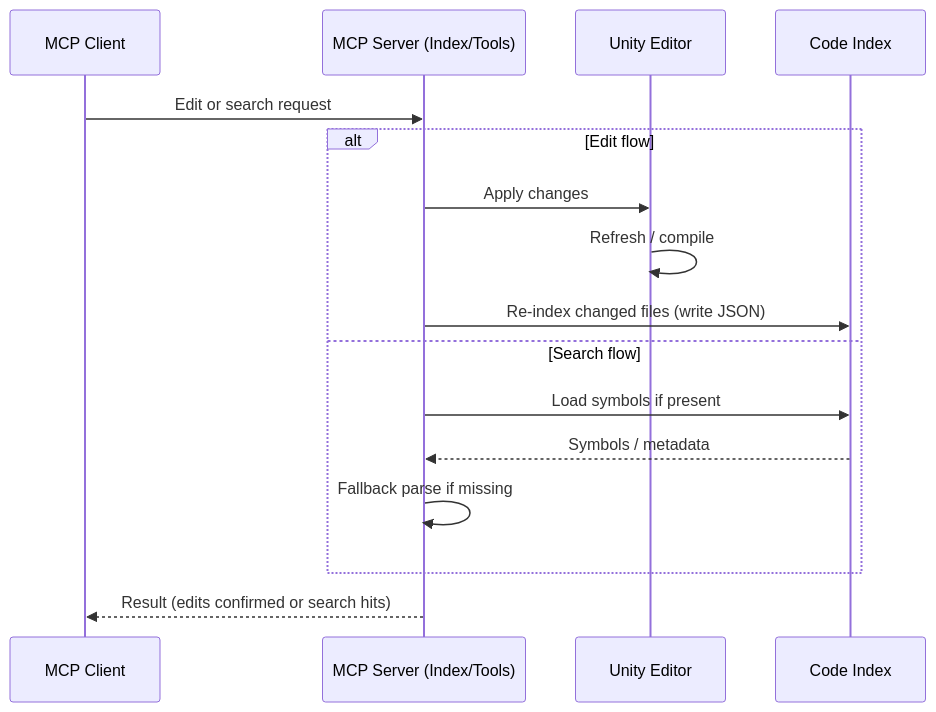
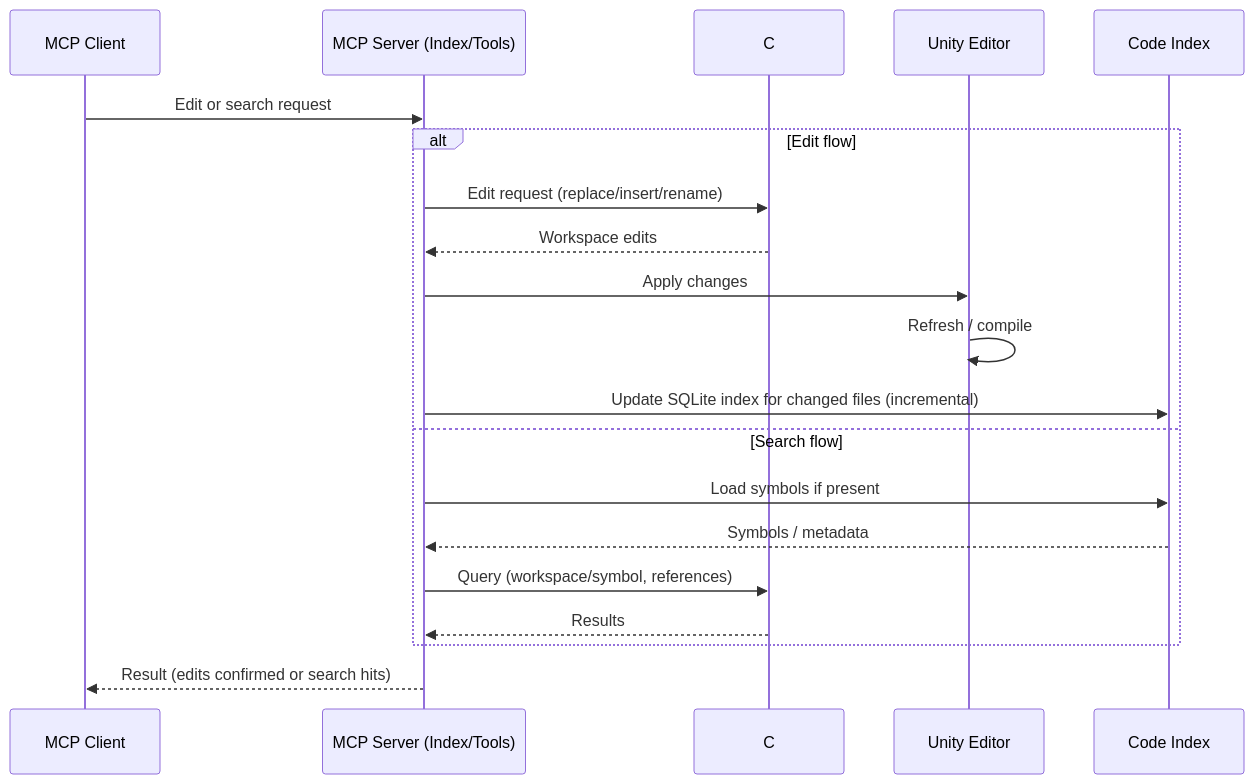
One commit to akiojin/unity-mcp-server changed the third of 3 diagrams in README.md. Above: the diagram before and after it, drawn with Mermaid. The commit also changed other lines of this file and 4 other files, not shown here.

````diff
--- a/README.md
+++ b/README.md
@@ -265,19 +282,23 @@
 ```mermaid
 sequenceDiagram
     participant Client as MCP Client
     participant Node as MCP Server (Index/Tools)
+    participant LSP as C# LSP (self-contained)
     participant Unity as Unity Editor
     participant Index as Code Index
 
     Client->>Node: Edit or search request
     alt Edit flow
+        Node->>LSP: Edit request (replace/insert/rename)
+        LSP-->>Node: Workspace edits
         Node->>Unity: Apply changes
         Unity->>Unity: Refresh / compile
-        Node->>Index: Re-index changed files (write JSON)
+        Node->>Index: Update SQLite index for changed files (incremental)
     else Search flow
         Node->>Index: Load symbols if present
         Index-->>Node: Symbols / metadata
-        Node->>Node: Fallback parse if missing
+        Node->>LSP: Query (workspace/symbol, references)
+        LSP-->>Node: Results
     end
     Node-->>Client: Result (edits confirmed or search hits)
 ```
````
